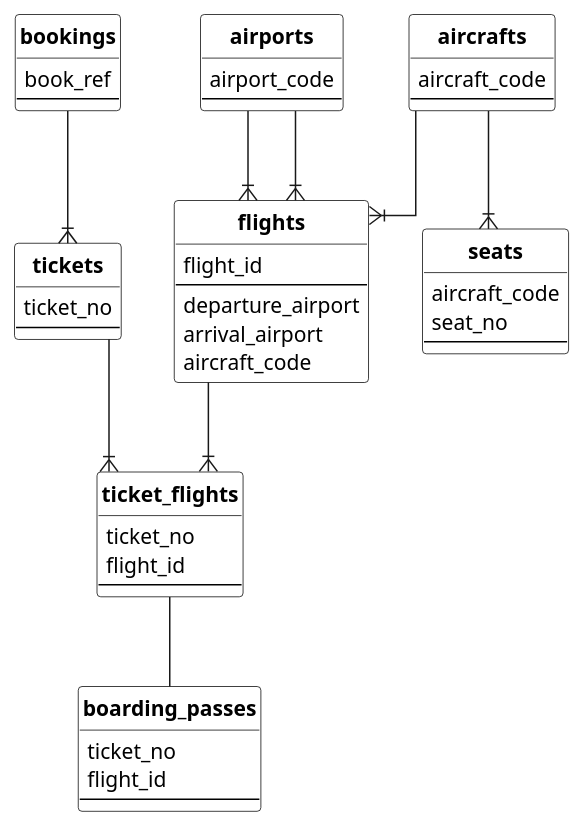
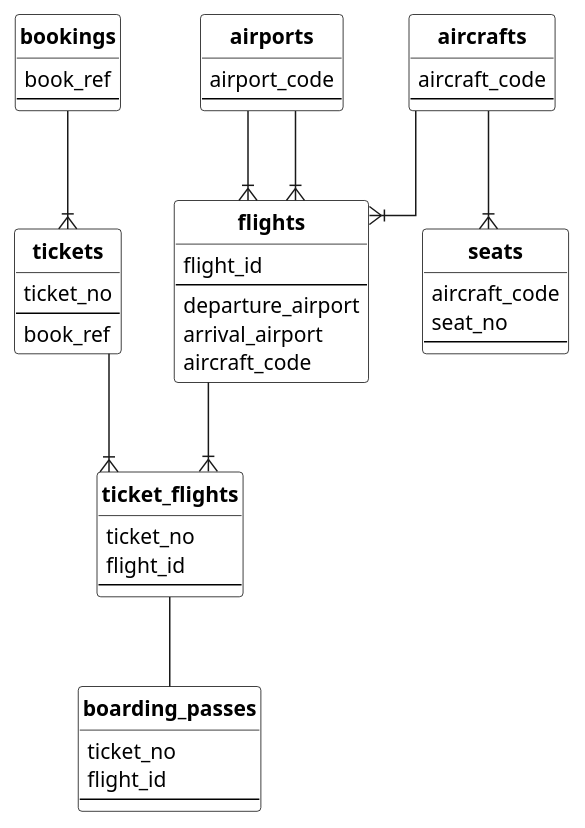
One commit to mialkin/docs changed the diagram in databases/postgres/queries/air-transportation-database.md. Above: the diagram before and after it, drawn with PlantUML. The commit also changed other lines of this file and 1 other file, not shown here.

Commit message:
Add database diagram SVG file

````diff
--- a/databases/postgres/queries/air-transportation-database.md
+++ b/databases/postgres/queries/air-transportation-database.md
@@ -37,71 +39,72 @@
 ```plantuml
 @startuml
 
 ' configuration
 hide circle
 skinparam linetype ortho
 
 skinparam class {
     BackgroundColor #ffffff
     BorderColor Black
     FontStyle bold
     FontSize 14
 }
 
 entity bookings {
  book_ref
  --
 }
 
 entity tickets {
  ticket_no
  --
+ book_ref
 }
 
 entity ticket_flights {
  ticket_no
  flight_id
  --
 }
 
 entity flights {
  flight_id
  --
  departure_airport
  arrival_airport
  aircraft_code
 }
 
 entity airports {
  airport_code
  --
 }
 
 entity boarding_passes {
  ticket_no
  flight_id
  --
 }
 
 entity aircrafts {
  aircraft_code
  --
 }
 
 entity seats {
  aircraft_code
  seat_no
  --
 }
 
 bookings --|{ tickets
 tickets --|{ ticket_flights
 ticket_flights -- boarding_passes
 flights --|{ ticket_flights
 airports --|{ flights
 airports --|{ flights
 aircrafts --|{ flights
 aircrafts --|{ seats
 
 @enduml
 ```
````
